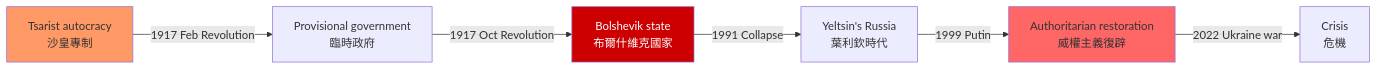
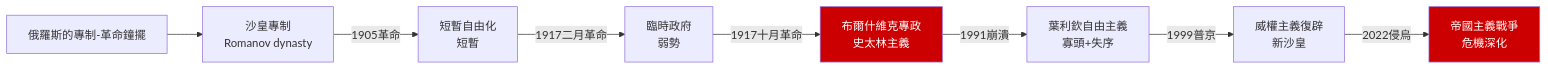
One commit to yip-lgtm/HKU-Harvard-History-Self-Study changed the sixth of 10 diagrams in 01_HKU_Courses/HIST2103_Russian_State_and_Society.md. Above: the diagram before and after it, drawn with Mermaid. The commit also changed other lines of this file and 5 other files, not shown here.

````diff
--- a/01_HKU_Courses/HIST2103_Russian_State_and_Society.md
+++ b/01_HKU_Courses/HIST2103_Russian_State_and_Society.md
@@ -110,12 +397,13 @@
 ```mermaid
 graph LR
-    A[Tsarist autocracy<br/>沙皇專制] -->|1917 Feb Revolution| B[Provisional government<br/>臨時政府]
-    B -->|1917 Oct Revolution| C[Bolshevik state<br/>布爾什維克國家]
-    C -->|1991 Collapse| D[Yeltsin's Russia<br/>葉利欽時代]
-    D -->|1999 Putin| E[Authoritarian restoration<br/>威權主義復辟]
-    E -->|2022 Ukraine war| F[Crisis<br/>危機]
+    A[俄羅斯的專制-革命鐘擺] --> B[沙皇專制<br/>Romanov dynasty]
+    B -->|1905革命| C[短暫自由化<br/>短暫]
+    C -->|1917二月革命| D[臨時政府<br/>弱勢]
+    D -->|1917十月革命| E[布爾什維克專政<br/>史太林主義]
+    E -->|1991崩潰| F[葉利欽自由主義<br/>寡頭+失序]
+    F -->|1999普京| G[威權主義復辟<br/>新沙皇]
+    G -->|2022侵烏| H[帝國主義戰爭<br/>危機深化]
     
-    style A fill:#f96
-    style C fill:#c00,color:#fff
-    style E fill:#f66
+    style E fill:#c00,color:#fff
+    style H fill:#c00,color:#fff
 ```
````
